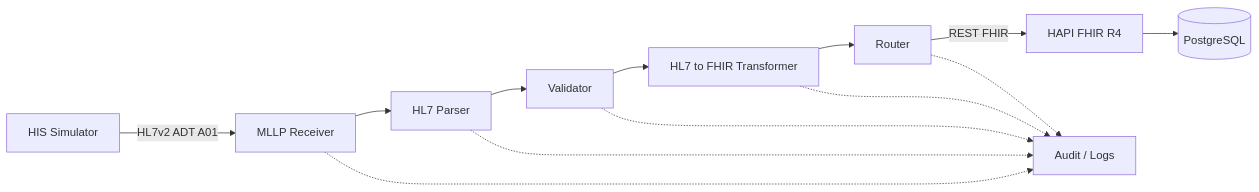
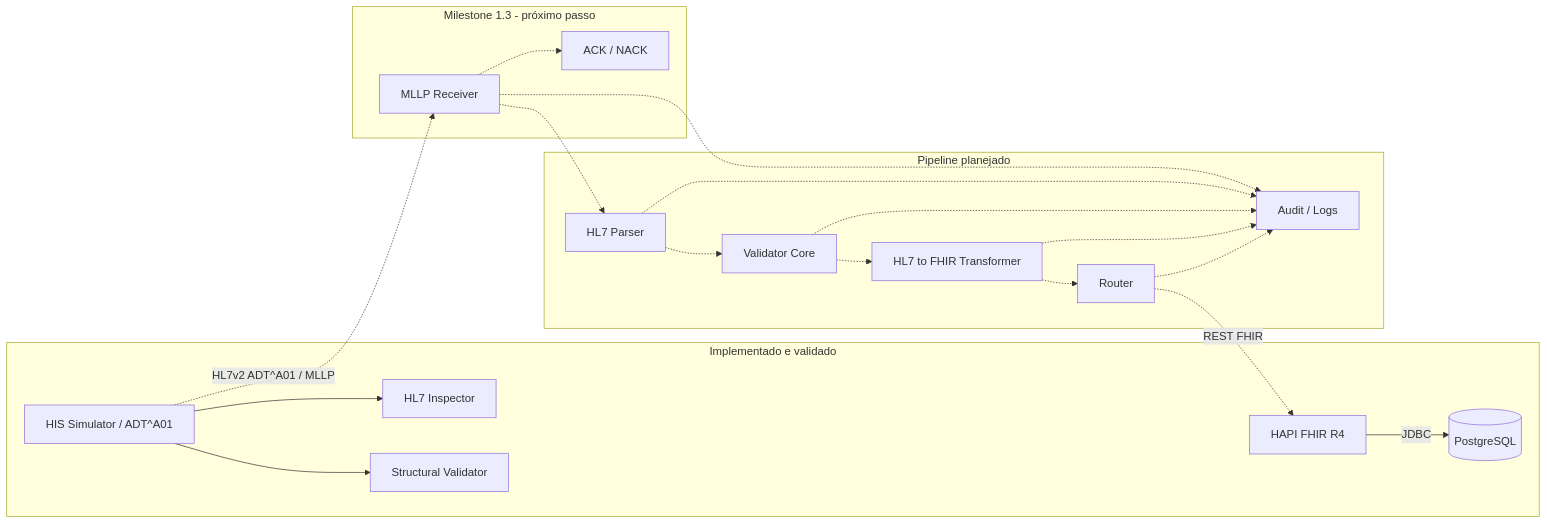
The diagram in README.md (fernandocerqueira1990-cloud/healthcare-interoperability-labs), drawn with Mermaid before and after one commit. The commit also changed other lines of this file, not shown here.

Commit message:
docs: update product architecture implementation status

````diff
--- a/README.md
+++ b/README.md
@@ -58,16 +60,41 @@
 ```mermaid
 flowchart LR
-    A[HIS Simulator] -->|HL7v2 ADT A01| B[MLLP Receiver]
-    B --> C[HL7 Parser]
-    C --> D[Validator]
-    D --> E[HL7 to FHIR Transformer]
-    E --> F[Router]
-    F -->|REST FHIR| G[HAPI FHIR R4]
-    G --> H[(PostgreSQL)]
+    subgraph IMPLEMENTADO[Implementado e validado]
+        A[HIS Simulator / ADT^A01]
+        B[HL7 Inspector]
+        C[Structural Validator]
+        G[HAPI FHIR R4]
+        H[(PostgreSQL)]
 
-    B -.-> I[Audit / Logs]
-    C -.-> I
-    D -.-> I
-    E -.-> I
-    F -.-> I
+        A --> B
+        A --> C
+        G -->|JDBC| H
+    end
+
+    subgraph PROXIMO[Milestone 1.3 - próximo passo]
+        D[MLLP Receiver]
+        E[ACK / NACK]
+        A -.->|HL7v2 ADT^A01 / MLLP| D
+        D -.-> E
+    end
+
+    subgraph PLANEJADO[Pipeline planejado]
+        P[HL7 Parser]
+        V[Validator Core]
+        T[HL7 to FHIR Transformer]
+        R[Router]
+        L[Audit / Logs]
+
+        D -.-> P
+        P -.-> V
+        V -.-> T
+        T -.-> R
+        R -.->|REST FHIR| G
+
+        D -.-> L
+        P -.-> L
+        V -.-> L
+        T -.-> L
+        R -.-> L
+    end
 ```
````
